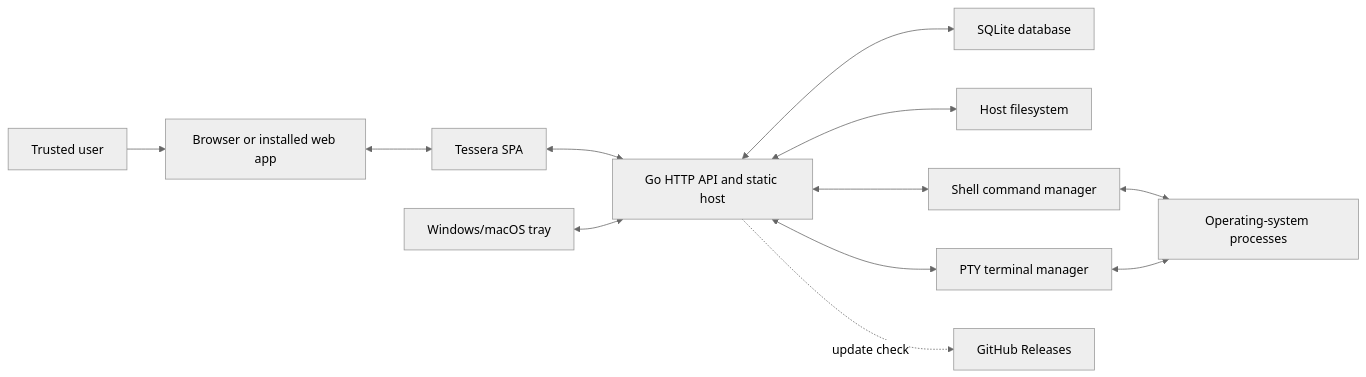
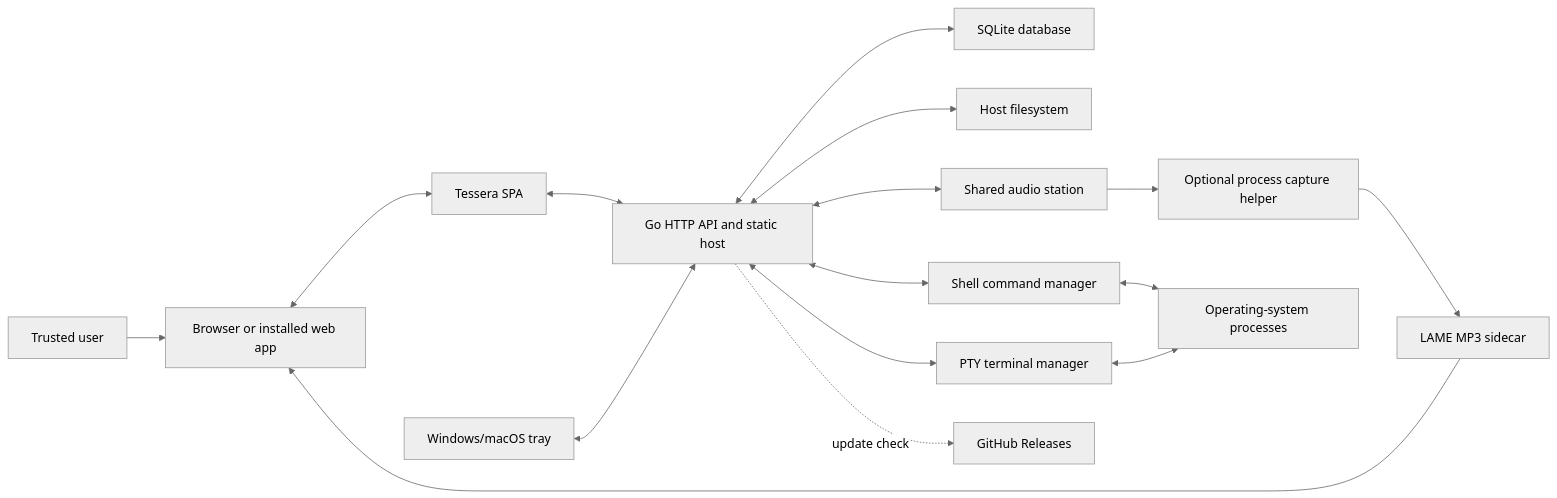
One commit to umpecca/tessera changed the diagram in ARCHITECTURE.md. Above: the diagram before and after it, drawn with Mermaid (neutral theme). The commit also changed other lines of this file and 54 other files, not shown here.

````diff
--- a/ARCHITECTURE.md
+++ b/ARCHITECTURE.md
@@ -93,14 +98,18 @@
 ```mermaid
 flowchart LR
   USER["Trusted user"] --> BROWSER["Browser or installed web app"]
   BROWSER <--> SPA["Tessera SPA"]
   SPA <--> API["Go HTTP API and static host"]
   API <--> DB["SQLite database"]
   API <--> FS["Host filesystem"]
   API <--> RUNS["Shell command manager"]
   API <--> PTY["PTY terminal manager"]
+  API <--> AUDIO["Shared audio station"]
+  AUDIO --> CAPTURE["Optional process capture helper"]
+  CAPTURE --> LAME["LAME MP3 sidecar"]
+  LAME --> BROWSER
   RUNS <--> OS["Operating-system processes"]
   PTY <--> OS
   API -. update check .-> GH["GitHub Releases"]
   TRAY["Windows/macOS tray"] <--> API
 ```
````
